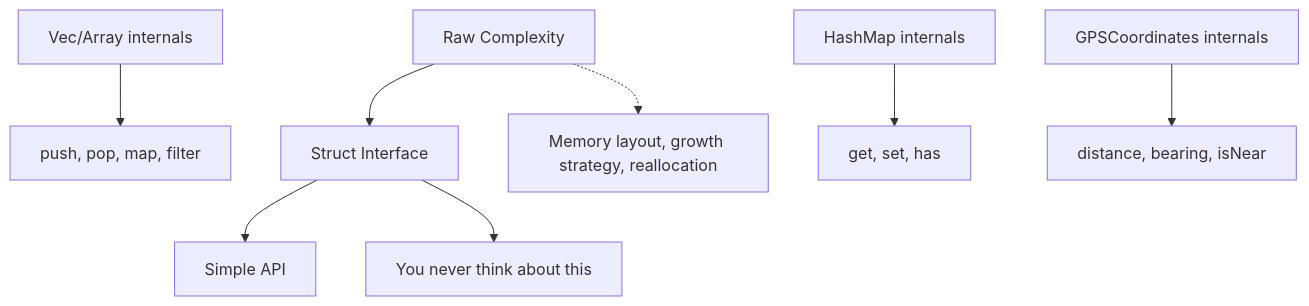
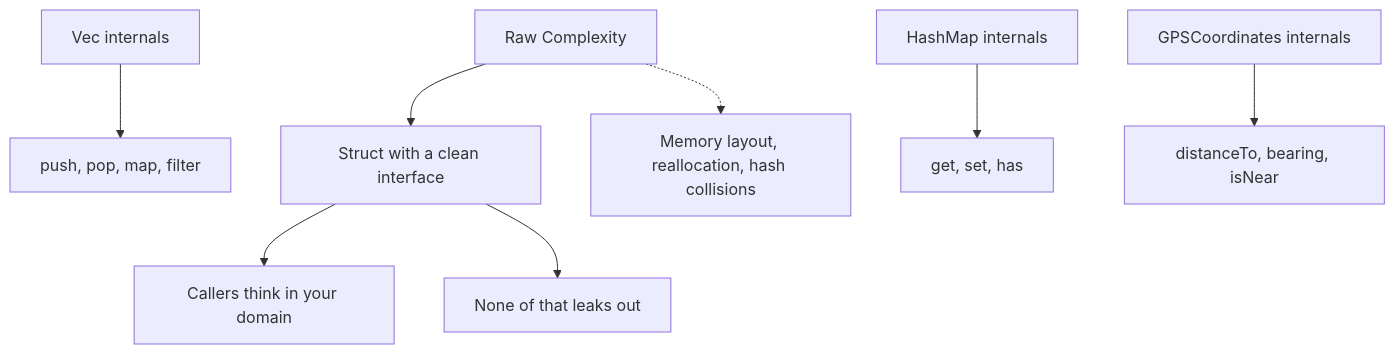
The first of 3 diagrams in content/docs/fundamentals/3-structs.mdx (Almaju/blog), drawn with Mermaid before and after one commit. The commit also changed other lines of this file and 5 other files, not shown here.

````diff
--- a/content/docs/fundamentals/3-structs.mdx
+++ b/content/docs/fundamentals/3-structs.mdx
@@ -10,17 +10,17 @@
 ```mermaid
 graph TD
-    A[Raw Complexity] --> B[Struct Interface]
-    B --> C[Simple API]
-    
-    D[Vec/Array internals] --> E[push, pop, map, filter]
+    A[Raw Complexity] --> B[Struct with a clean interface]
+    B --> C[Callers think in your domain]
+
+    D[Vec internals] --> E[push, pop, map, filter]
     F[HashMap internals] --> G[get, set, has]
-    H[GPSCoordinates internals] --> I[distance, bearing, isNear]
-    
-    A -.-> J[Memory layout, growth strategy, reallocation]
-    B --> K[You never think about this]
-    
+    H[GPSCoordinates internals] --> I[distanceTo, bearing, isNear]
+
+    A -.-> J[Memory layout, reallocation, hash collisions]
+    B --> K[None of that leaks out]
+
     style B green
     style C green
     style K green
     style J red
 ```
````
